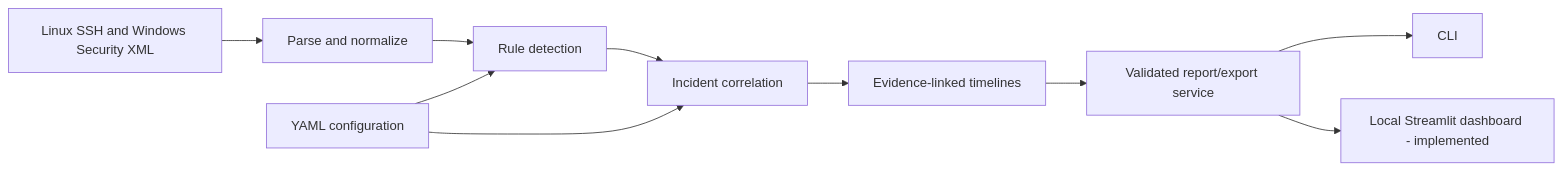
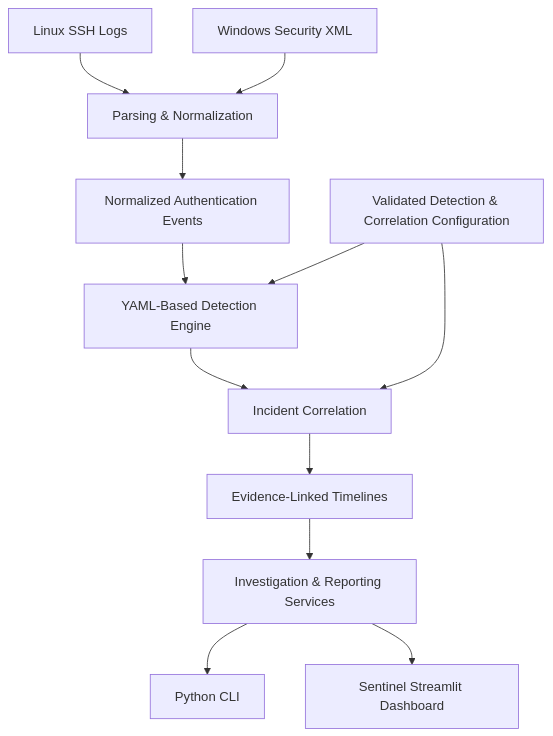
One commit to Abdullah-Al-Mahi/python-security-log-toolkit changed the diagram in README.md. Above: the diagram before and after it, drawn with Mermaid. The commit also changed other lines of this file and 5 other files, not shown here.

````diff
--- a/README.md
+++ b/README.md
@@ -42,12 +89,14 @@
 ```mermaid
-flowchart LR
-    A[Linux SSH and Windows Security XML] --> B[Parse and normalize]
-    B --> C[Rule detection]
-    C --> D[Incident correlation]
-    D --> E[Evidence-linked timelines]
-    E --> F[Validated report/export service]
-    F --> G[CLI]
-    F --> H[Local Streamlit dashboard - implemented]
-    Y[YAML configuration] --> C
-    Y --> D
+flowchart TD
+    A["Linux SSH Logs"] --> C["Parsing & Normalization"]
+    B["Windows Security XML"] --> C
+    C --> D["Normalized Authentication Events"]
+    D --> E["YAML-Based Detection Engine"]
+    E --> F["Incident Correlation"]
+    F --> G["Evidence-Linked Timelines"]
+    G --> H["Investigation & Reporting Services"]
+    H --> I["Python CLI"]
+    H --> J["Sentinel Streamlit Dashboard"]
+    K["Validated Detection & Correlation Configuration"] --> E
+    K --> F
 ```
````
